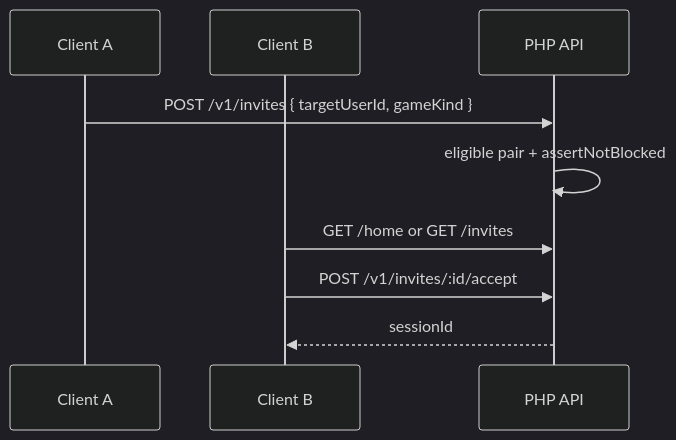
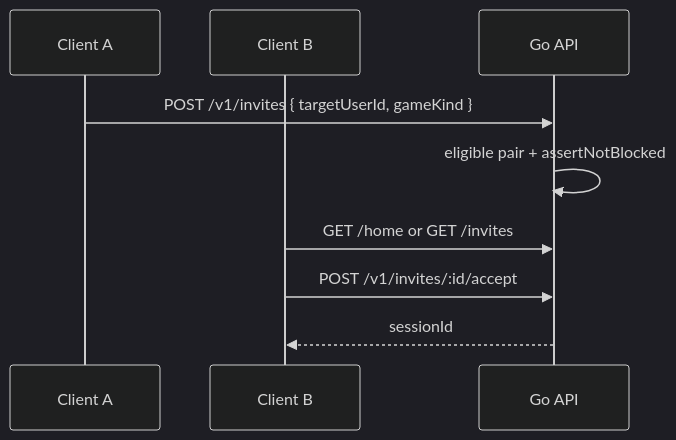
One commit to dukedelaet/game-match-pwa changed the tenth of 10 diagrams in docs/design-docs-and-wireframes.md. Above: the diagram before and after it, drawn with Mermaid (dark theme). The commit also changed other lines of this file and 128 other files, not shown here.

````diff
--- a/docs/design-docs-and-wireframes.md
+++ b/docs/design-docs-and-wireframes.md
@@ -1162,11 +1166,11 @@
 ```mermaid
 sequenceDiagram
   participant A as Client A
   participant B as Client B
-  participant API as PHP API
+  participant API as Go API
   A->>API: POST /v1/invites { targetUserId, gameKind }
   API->>API: eligible pair + assertNotBlocked
   B->>API: GET /home or GET /invites
   B->>API: POST /v1/invites/:id/accept
   API-->>B: sessionId
 ```
````
